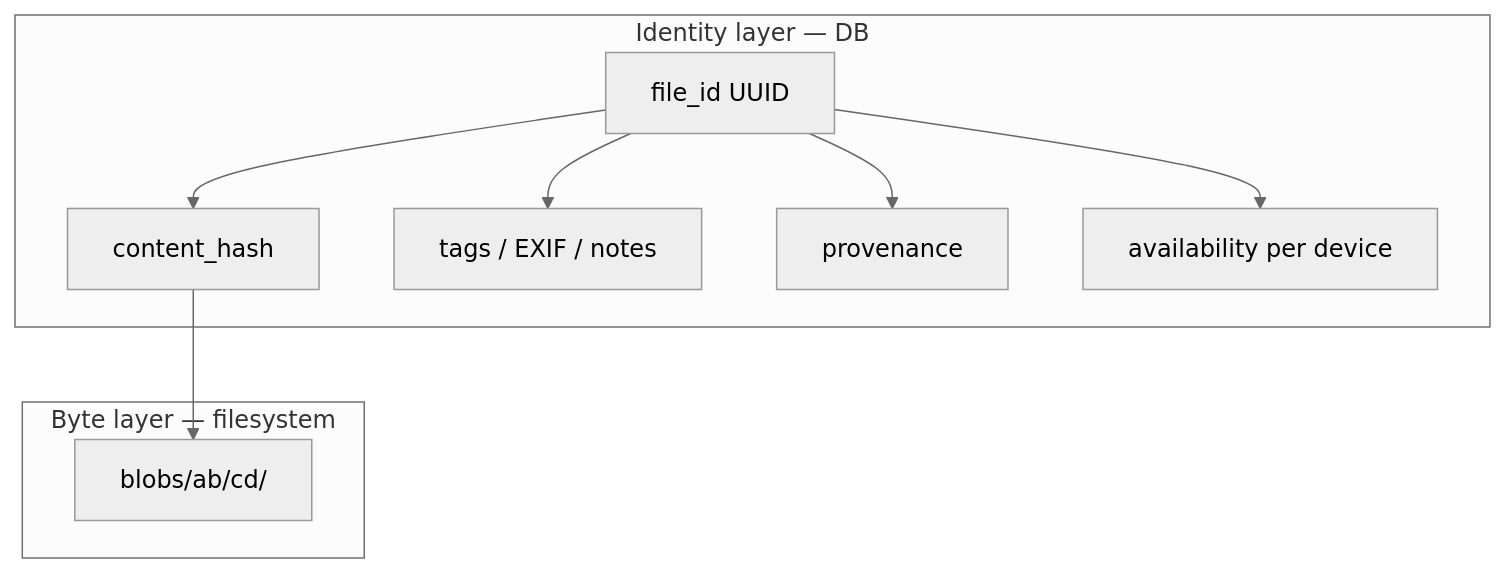
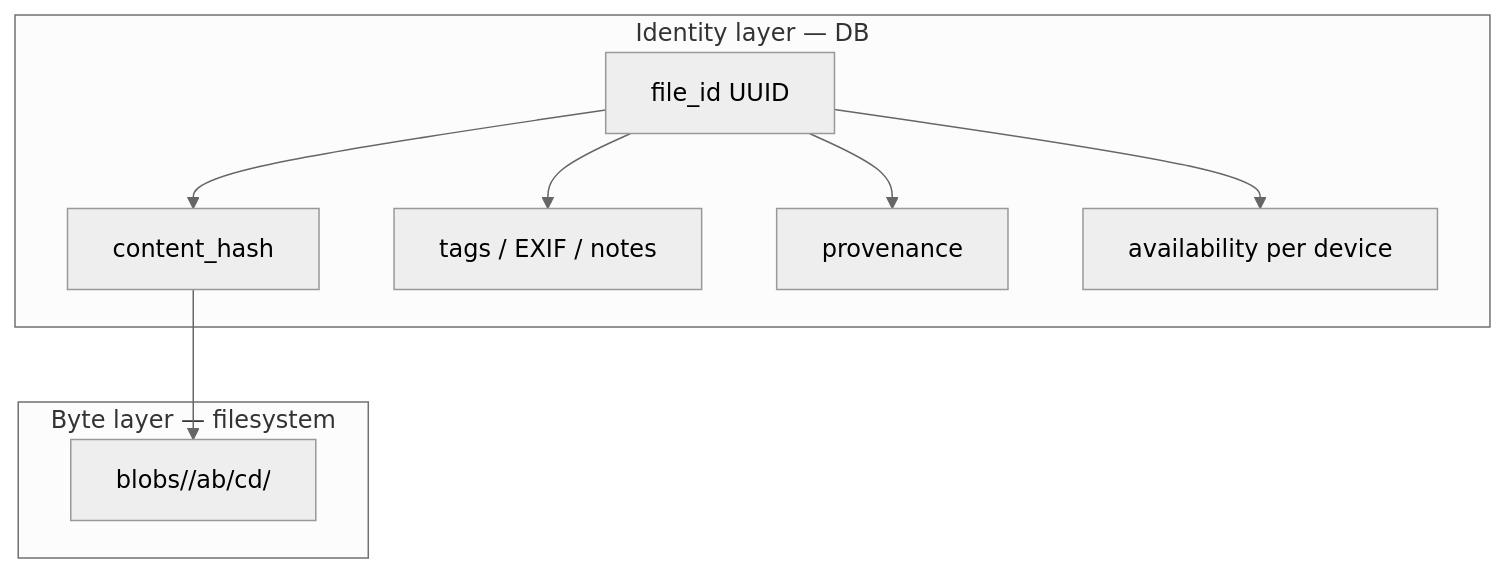
The first of 2 diagrams in AGENTS.md (hamburg1r/homesync), drawn with Mermaid (neutral theme) before and after one commit. The commit also changed other lines of this file and 9 other files, not shown here.

````diff
--- a/AGENTS.md
+++ b/AGENTS.md
@@ -23,20 +23,20 @@
 ```mermaid
 flowchart TB
   subgraph identity [Identity layer — DB]
     FID[file_id UUID]
     HASH[content_hash]
     META[tags / EXIF / notes]
     PROV[provenance]
     AVAIL[availability per device]
   end
 
   subgraph bytes [Byte layer — filesystem]
-    BLOB["blobs/ab/cd/<hash>"]
+    BLOB["blobs/<algo>/ab/cd/<hash>"]
   end
 
   FID --> HASH
   HASH --> BLOB
   FID --> META
   FID --> PROV
   FID --> AVAIL
 ```
````
